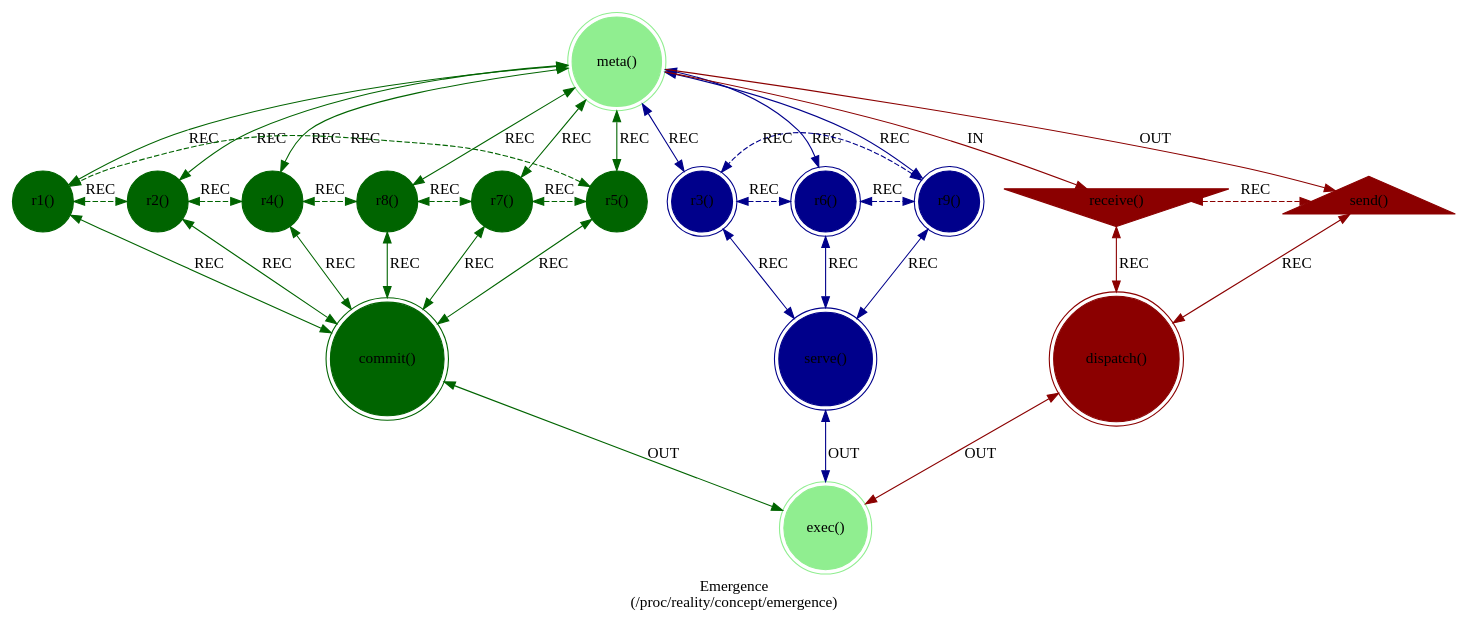
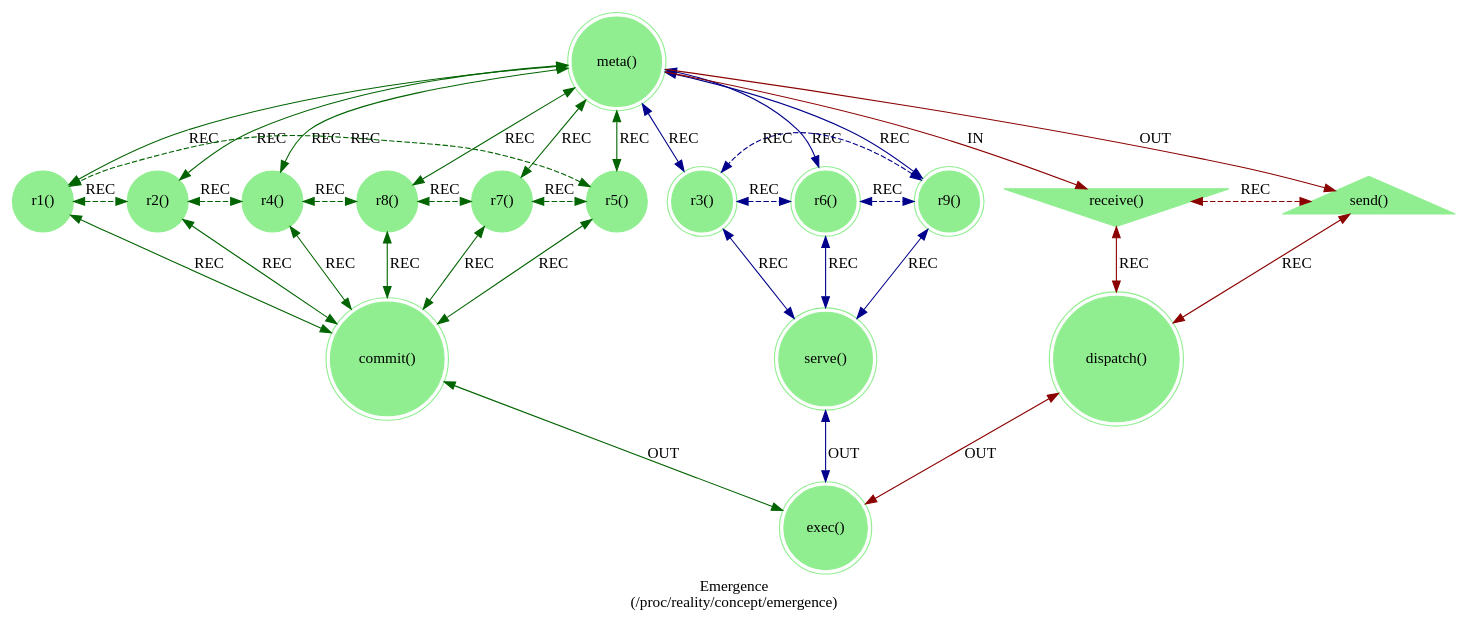
One commit to cilang/mythos changed the diagram in src/includes/concept/emergent.dot. Above: the diagram before and after it, drawn with Graphviz. The commit also changed 11 other files, not shown here.

```diff
--- a/src/includes/concept/emergent.dot
+++ b/src/includes/concept/emergent.dot
@@ -1,48 +1,48 @@
 strict digraph Emergence {
     label = "Emergence\n(/proc/reality/concept/emergence)";
     style = filled;
     color = lightgray;
     node [shape = circle; style = filled; color = lightgreen;];
     
     // The Axis A-0-B (In-Meta-Out).
     // The Sacred 3-6-9 (Boundary of Perception).
     // The Vortex 1-2-4-8-7-5 (Boundary of Comprehension).
     // The Router C-D-E
     // The Closure F
     spark_0_t [label = "meta()";comment = "";shape = doublecircle;];
-    spark_1_t [label = "r1()";comment = "";shape = circle;color = darkgreen;];
-    spark_2_t [label = "r2()";comment = "";shape = circle;color = darkgreen;];
-    spark_4_t [label = "r4()";comment = "";shape = circle;color = darkgreen;];
-    spark_8_t [label = "r8()";comment = "";shape = circle;color = darkgreen;];
-    spark_7_t [label = "r7()";comment = "";shape = circle;color = darkgreen;];
-    spark_5_t [label = "r5()";comment = "";shape = circle;color = darkgreen;];
-    spark_3_t [label = "r3()";comment = "Singularity and Recursion";shape = doublecircle;color = darkblue;];
-    spark_6_t [label = "r6()";comment = "Horizon and Awareness";shape = doublecircle;color = darkblue;];
-    spark_9_t [label = "r9()";comment = "Attribute and Property";shape = doublecircle;color = darkblue;];
-    spark_a_t [label = "receive()";comment = "Essence";shape = invtriangle;color = darkred;];
-    spark_b_t [label = "send()";comment = "Presence";shape = triangle;color = darkred;];
-    spark_c_t [label = "dispatch()";comment = "";shape = doublecircle;color = darkred;];
-    spark_d_t [label = "commit()";comment = "";shape = doublecircle;color = darkgreen;];
-    spark_e_t [label = "serve()";comment = "";shape = doublecircle;color = darkblue;];
+    spark_1_t [label = "r1()";comment = "";shape = circle;];
+    spark_2_t [label = "r2()";comment = "";shape = circle;];
+    spark_4_t [label = "r4()";comment = "";shape = circle;];
+    spark_8_t [label = "r8()";comment = "";shape = circle;];
+    spark_7_t [label = "r7()";comment = "";shape = circle;];
+    spark_5_t [label = "r5()";comment = "";shape = circle;];
+    spark_3_t [label = "r3()";comment = "Essence and Presence";shape = doublecircle;];
+    spark_6_t [label = "r6()";comment = "Horizon and Awareness";shape = doublecircle;];
+    spark_9_t [label = "r9()";comment = "Attribute and Property";shape = doublecircle;];
+    spark_a_t [label = "receive()";comment = "Essence";shape = invtriangle;];
+    spark_b_t [label = "send()";comment = "Presence";shape = triangle;];
+    spark_c_t [label = "dispatch()";comment = "";shape = doublecircle;];
+    spark_d_t [label = "commit()";comment = "";shape = doublecircle;];
+    spark_e_t [label = "serve()";comment = "";shape = doublecircle;];
     spark_f_t [label = "exec()";comment = "";shape = doublecircle;];
     
     // IN = Input
     // OUT = Output
     // REC = Recursion
     spark_0_t -> spark_a_t [label = "IN"; color = darkred; comment = "";];
     spark_0_t -> spark_b_t [label = "OUT"; color = darkred; comment = "";];
     spark_0_t -> {spark_3_t spark_6_t spark_9_t} [label = "REC"; color = darkblue; comment = ""; dir = both;];
     spark_0_t -> {spark_1_t spark_2_t spark_4_t spark_8_t spark_7_t spark_5_t} [label = "REC"; color = darkgreen; comment = ""; dir = both;];
     
     {spark_a_t spark_b_t} -> spark_c_t [label = "REC"; color = darkred; comment = ""; dir = both;];
     {spark_1_t spark_2_t spark_4_t spark_8_t spark_7_t spark_5_t} -> spark_d_t [label = "REC"; color = darkgreen; comment = ""; dir = both;];
     {spark_3_t spark_6_t spark_9_t} -> spark_e_t [label = "REC"; color = darkblue; comment = ""; dir = both;];
     
     spark_1_t -> spark_2_t -> spark_4_t -> spark_8_t -> spark_7_t -> spark_5_t -> spark_1_t [label = "REC"; color = darkgreen; comment = ""; style = dashed; constraint = false; dir = both;];
     spark_3_t -> spark_6_t -> spark_9_t -> spark_3_t [label = "REC"; color = darkblue; comment = ""; style = dashed; constraint = false; dir = both;];
     spark_a_t -> spark_b_t [label = "REC"; color = darkred; comment = ""; constraint = false; style = dashed; dir = both;];
     
     spark_c_t -> spark_f_t [label = "OUT"; color = darkred; comment = ""; dir = both;];
     spark_d_t -> spark_f_t [label = "OUT"; color = darkgreen; comment = ""; dir = both;];
     spark_e_t -> spark_f_t [label = "OUT"; color = darkblue; comment = ""; dir = both;];
 }
```
